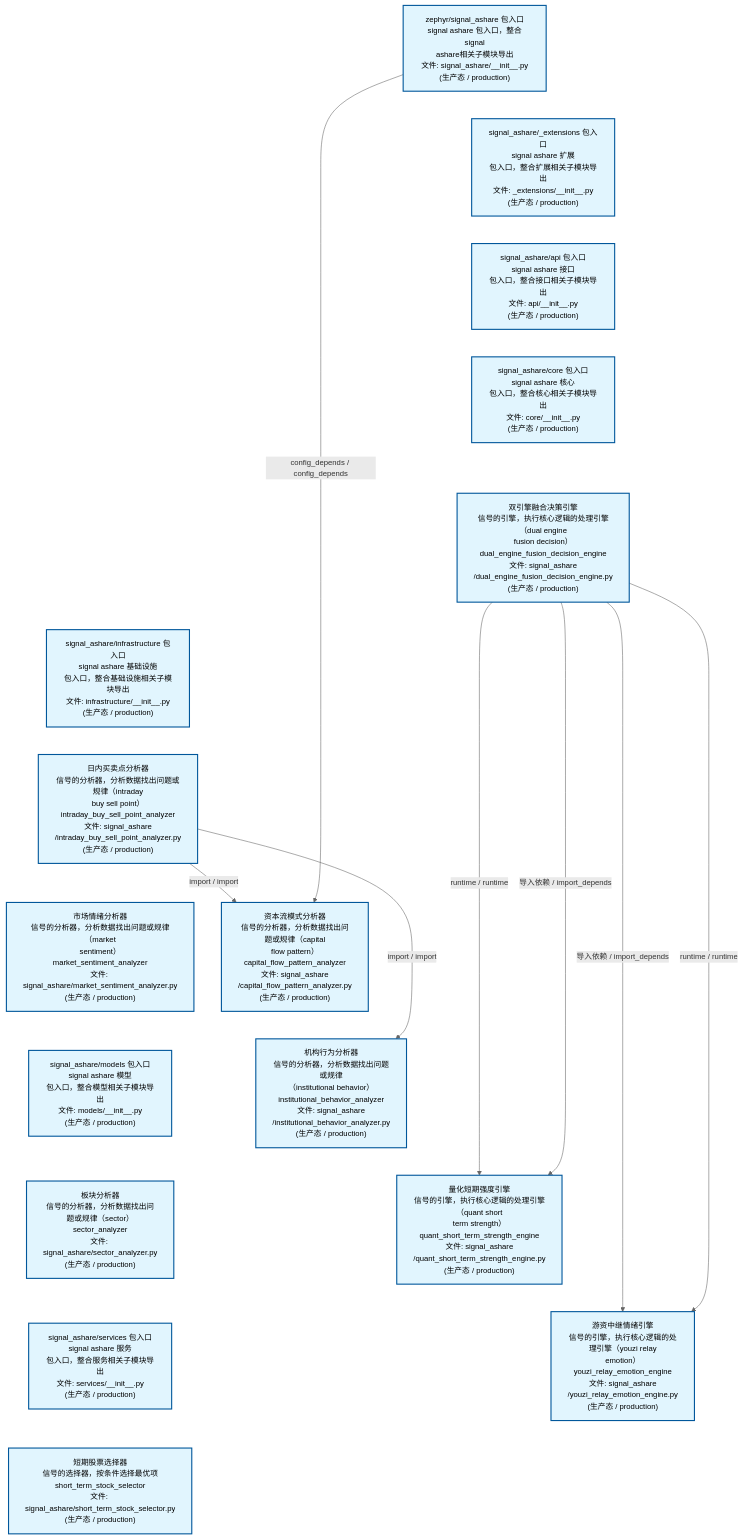
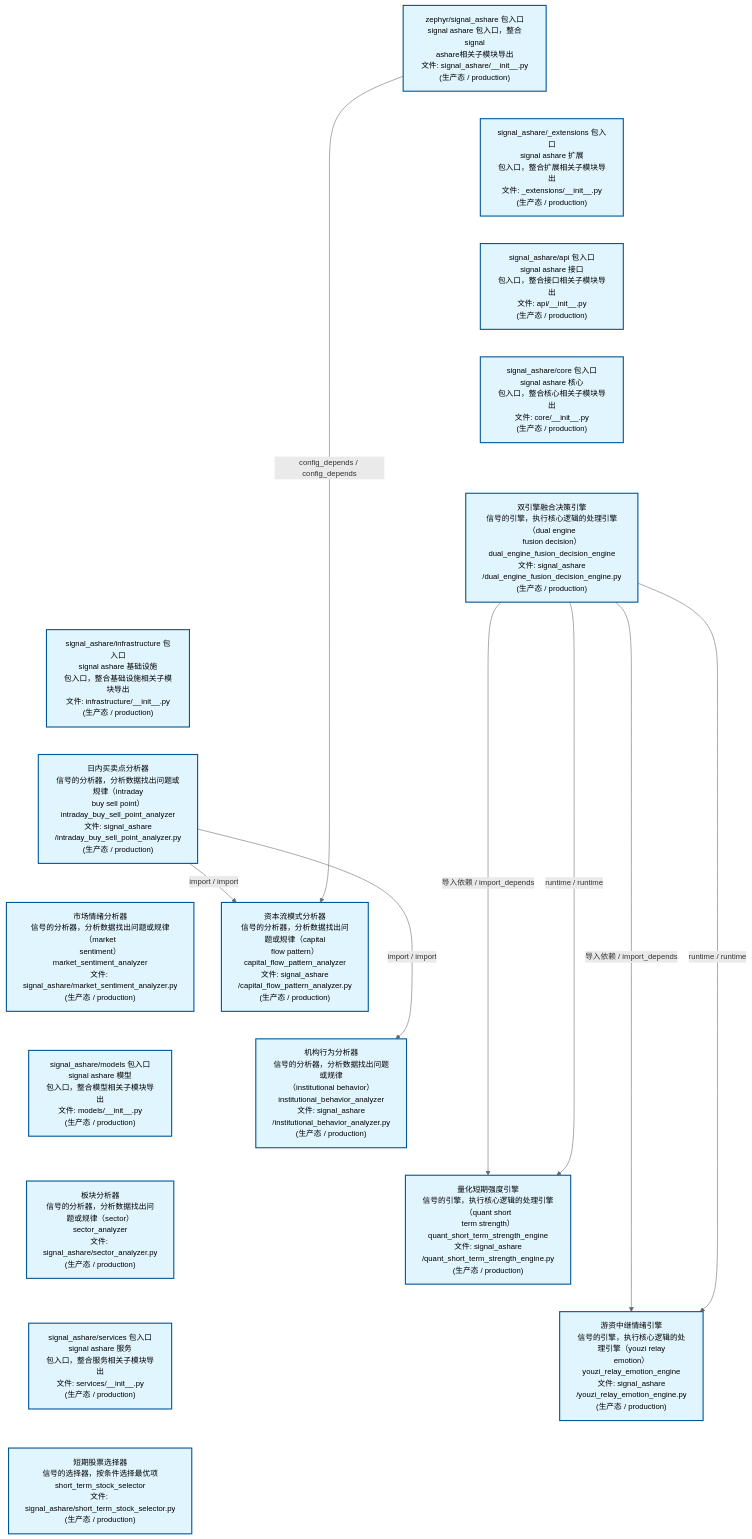
The second of 4 diagrams in docs/02_enterprise_architecture/02_domain_architecture_docs/32_d_ashare_signal.md (xuanFelixVan/ZephyrAlpha), drawn with Mermaid before and after one commit. The commit also changed other lines of this file and 45 other files, not shown here.

````diff
--- a/docs/02_enterprise_architecture/02_domain_architecture_docs/32_d_ashare_signal.md
+++ b/docs/02_enterprise_architecture/02_domain_architecture_docs/32_d_ashare_signal.md
@@ -180,46 +180,46 @@
 ```mermaid
 %%{init: {'theme': 'base', 'themeVariables': {'primaryColor': '#eaeaea', 'primaryTextColor': '#333333', 'primaryBorderColor': '#666666', 'lineColor': '#666666', 'secondaryColor': '#eaeaea', 'tertiaryColor': '#eaeaea', 'fontSize': '14px'}}}%%
 flowchart TD
     src_zephyr_signal_ashare_init_py["zephyr/signal_ashare 包入口<br/>signal ashare 包入口，整合signal<br/>ashare相关子模块导出<br/>文件: signal_ashare/__init__.py<br/>(生产态 / production)"]
     src_zephyr_signal_ashare_extensions_init_py["signal_ashare/_extensions 包入口<br/>signal ashare 扩展<br/>包入口，整合扩展相关子模块导出<br/>文件: _extensions/__init__.py<br/>(生产态 / production)"]
     src_zephyr_signal_ashare_api_init_py["signal_ashare/api 包入口<br/>signal ashare 接口<br/>包入口，整合接口相关子模块导出<br/>文件: api/__init__.py<br/>(生产态 / production)"]
     src_zephyr_signal_ashare_core_init_py["signal_ashare/core 包入口<br/>signal ashare 核心<br/>包入口，整合核心相关子模块导出<br/>文件: core/__init__.py<br/>(生产态 / production)"]
     src_zephyr_signal_ashare_dual_engine_fusion_decision_engine_py["双引擎融合决策引擎<br/>信号的引擎，执行核心逻辑的处理引擎（dual engine<br/>fusion decision）<br/>dual_engine_fusion_decision_engine<br/>文件: signal_ashare<br/>/dual_engine_fusion_decision_engine.py<br/>(生产态 / production)"]
     src_zephyr_signal_ashare_infrastructure_init_py["signal_ashare/infrastructure 包入口<br/>signal ashare 基础设施<br/>包入口，整合基础设施相关子模块导出<br/>文件: infrastructure/__init__.py<br/>(生产态 / production)"]
     src_zephyr_signal_ashare_intraday_buy_sell_point_analyzer_py["日内买卖点分析器<br/>信号的分析器，分析数据找出问题或规律（intraday<br/>buy sell point）<br/>intraday_buy_sell_point_analyzer<br/>文件: signal_ashare<br/>/intraday_buy_sell_point_analyzer.py<br/>(生产态 / production)"]
     src_zephyr_signal_ashare_market_sentiment_analyzer_py["市场情绪分析器<br/>信号的分析器，分析数据找出问题或规律（market<br/>sentiment）<br/>market_sentiment_analyzer<br/>文件: signal_ashare/market_sentiment_analyzer.py<br/>(生产态 / production)"]
     src_zephyr_signal_ashare_models_init_py["signal_ashare/models 包入口<br/>signal ashare 模型<br/>包入口，整合模型相关子模块导出<br/>文件: models/__init__.py<br/>(生产态 / production)"]
     src_zephyr_signal_ashare_sector_analyzer_py["板块分析器<br/>信号的分析器，分析数据找出问题或规律（sector）<br/>sector_analyzer<br/>文件: signal_ashare/sector_analyzer.py<br/>(生产态 / production)"]
     src_zephyr_signal_ashare_services_init_py["signal_ashare/services 包入口<br/>signal ashare 服务<br/>包入口，整合服务相关子模块导出<br/>文件: services/__init__.py<br/>(生产态 / production)"]
     src_zephyr_signal_ashare_short_term_stock_selector_py["短期股票选择器<br/>信号的选择器，按条件选择最优项<br/>short_term_stock_selector<br/>文件: signal_ashare/short_term_stock_selector.py<br/>(生产态 / production)"]
     src_zephyr_signal_ashare_init_py ~~~ src_zephyr_signal_ashare_extensions_init_py
     src_zephyr_signal_ashare_extensions_init_py ~~~ src_zephyr_signal_ashare_api_init_py
     src_zephyr_signal_ashare_api_init_py ~~~ src_zephyr_signal_ashare_core_init_py
     src_zephyr_signal_ashare_core_init_py ~~~ src_zephyr_signal_ashare_dual_engine_fusion_decision_engine_py
     src_zephyr_signal_ashare_dual_engine_fusion_decision_engine_py ~~~ src_zephyr_signal_ashare_infrastructure_init_py
     src_zephyr_signal_ashare_infrastructure_init_py ~~~ src_zephyr_signal_ashare_intraday_buy_sell_point_analyzer_py
     src_zephyr_signal_ashare_intraday_buy_sell_point_analyzer_py ~~~ src_zephyr_signal_ashare_market_sentiment_analyzer_py
     src_zephyr_signal_ashare_market_sentiment_analyzer_py ~~~ src_zephyr_signal_ashare_models_init_py
     src_zephyr_signal_ashare_models_init_py ~~~ src_zephyr_signal_ashare_sector_analyzer_py
     src_zephyr_signal_ashare_sector_analyzer_py ~~~ src_zephyr_signal_ashare_services_init_py
     src_zephyr_signal_ashare_services_init_py ~~~ src_zephyr_signal_ashare_short_term_stock_selector_py
     src_zephyr_signal_ashare_capital_flow_pattern_analyzer_py["资本流模式分析器<br/>信号的分析器，分析数据找出问题或规律（capital<br/>flow pattern）<br/>capital_flow_pattern_analyzer<br/>文件: signal_ashare<br/>/capital_flow_pattern_analyzer.py<br/>(生产态 / production)"]
     src_zephyr_signal_ashare_institutional_behavior_analyzer_py["机构行为分析器<br/>信号的分析器，分析数据找出问题或规律<br/>（institutional behavior）<br/>institutional_behavior_analyzer<br/>文件: signal_ashare<br/>/institutional_behavior_analyzer.py<br/>(生产态 / production)"]
     src_zephyr_signal_ashare_quant_short_term_strength_engine_py["量化短期强度引擎<br/>信号的引擎，执行核心逻辑的处理引擎（quant short<br/>term strength）<br/>quant_short_term_strength_engine<br/>文件: signal_ashare<br/>/quant_short_term_strength_engine.py<br/>(生产态 / production)"]
     src_zephyr_signal_ashare_youzi_relay_emotion_engine_py["游资中继情绪引擎<br/>信号的引擎，执行核心逻辑的处理引擎（youzi relay<br/>emotion）<br/>youzi_relay_emotion_engine<br/>文件: signal_ashare<br/>/youzi_relay_emotion_engine.py<br/>(生产态 / production)"]
     src_zephyr_signal_ashare_capital_flow_pattern_analyzer_py ~~~ src_zephyr_signal_ashare_institutional_behavior_analyzer_py
     src_zephyr_signal_ashare_institutional_behavior_analyzer_py ~~~ src_zephyr_signal_ashare_quant_short_term_strength_engine_py
     src_zephyr_signal_ashare_quant_short_term_strength_engine_py ~~~ src_zephyr_signal_ashare_youzi_relay_emotion_engine_py
+    src_zephyr_signal_ashare_intraday_buy_sell_point_analyzer_py -->|import / import| src_zephyr_signal_ashare_capital_flow_pattern_analyzer_py
+    src_zephyr_signal_ashare_intraday_buy_sell_point_analyzer_py -->|import / import| src_zephyr_signal_ashare_institutional_behavior_analyzer_py
+    src_zephyr_signal_ashare_dual_engine_fusion_decision_engine_py -->|导入依赖 / import_depends| src_zephyr_signal_ashare_quant_short_term_strength_engine_py
+    src_zephyr_signal_ashare_dual_engine_fusion_decision_engine_py -->|runtime / runtime| src_zephyr_signal_ashare_quant_short_term_strength_engine_py
     src_zephyr_signal_ashare_dual_engine_fusion_decision_engine_py -->|导入依赖 / import_depends| src_zephyr_signal_ashare_youzi_relay_emotion_engine_py
     src_zephyr_signal_ashare_dual_engine_fusion_decision_engine_py -->|runtime / runtime| src_zephyr_signal_ashare_youzi_relay_emotion_engine_py
-    src_zephyr_signal_ashare_dual_engine_fusion_decision_engine_py -->|runtime / runtime| src_zephyr_signal_ashare_quant_short_term_strength_engine_py
-    src_zephyr_signal_ashare_dual_engine_fusion_decision_engine_py -->|导入依赖 / import_depends| src_zephyr_signal_ashare_quant_short_term_strength_engine_py
-    src_zephyr_signal_ashare_intraday_buy_sell_point_analyzer_py -->|import / import| src_zephyr_signal_ashare_capital_flow_pattern_analyzer_py
-    src_zephyr_signal_ashare_intraday_buy_sell_point_analyzer_py -->|import / import| src_zephyr_signal_ashare_institutional_behavior_analyzer_py
     src_zephyr_signal_ashare_init_py -->|config_depends / config_depends| src_zephyr_signal_ashare_capital_flow_pattern_analyzer_py
     classDef production fill:#e1f5fe,stroke:#01579b,stroke-width:2px,color:#000
     classDef design fill:#fff3e0,stroke:#e65100,stroke-width:2px,color:#000,stroke-dasharray: 5 5
     classDef external_prod fill:#e8f4fd,stroke:#0277bd,stroke-width:1px,color:#000
     classDef external_design fill:#fff8e7,stroke:#ef6c00,stroke-width:1px,color:#000,stroke-dasharray: 5 5
     class src_zephyr_signal_ashare_init_py,src_zephyr_signal_ashare_extensions_init_py,src_zephyr_signal_ashare_api_init_py,src_zephyr_signal_ashare_capital_flow_pattern_analyzer_py,src_zephyr_signal_ashare_core_init_py,src_zephyr_signal_ashare_dual_engine_fusion_decision_engine_py,src_zephyr_signal_ashare_infrastructure_init_py,src_zephyr_signal_ashare_institutional_behavior_analyzer_py,src_zephyr_signal_ashare_intraday_buy_sell_point_analyzer_py,src_zephyr_signal_ashare_market_sentiment_analyzer_py,src_zephyr_signal_ashare_models_init_py,src_zephyr_signal_ashare_quant_short_term_strength_engine_py,src_zephyr_signal_ashare_sector_analyzer_py,src_zephyr_signal_ashare_services_init_py,src_zephyr_signal_ashare_short_term_stock_selector_py,src_zephyr_signal_ashare_youzi_relay_emotion_engine_py production
 ```
````
